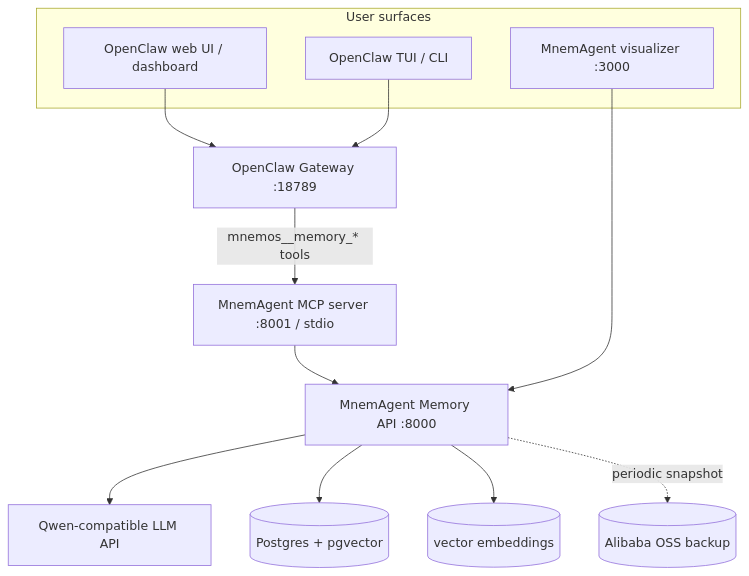
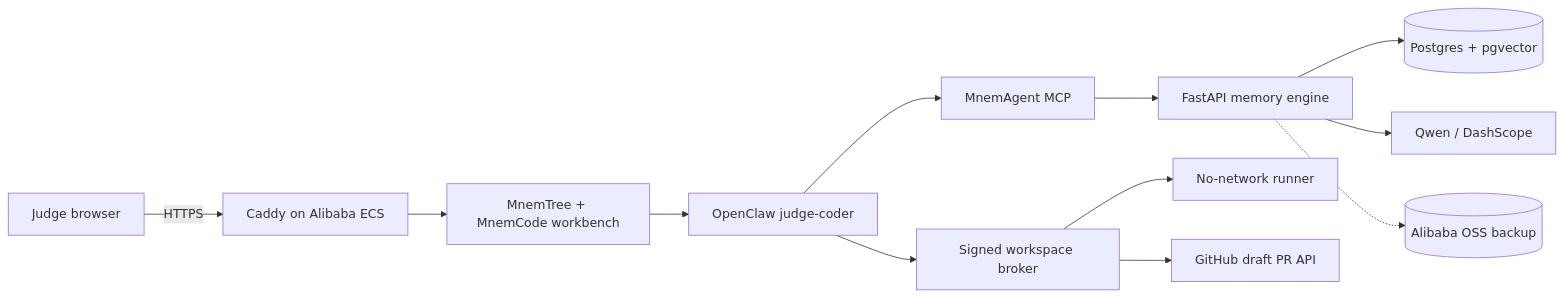
One commit to crankysmh47/MnemAgent changed the diagram in README.md. Above: the diagram before and after it, drawn with Mermaid. The commit also changed other lines of this file and 32 other files, not shown here.

Commit message:
feat: finalize DashScope MnemCode judge workflow

````diff
--- a/README.md
+++ b/README.md
@@ -92,26 +25,14 @@
 ```mermaid
-flowchart TB
-  subgraph UserSurfaces["User surfaces"]
-    OCWEB["OpenClaw web UI / dashboard"]
-    OCTUI["OpenClaw TUI / CLI"]
-    VIZ["MnemAgent visualizer :3000"]
-  end
-
-  GW["OpenClaw Gateway :18789"]
-  MCP["MnemAgent MCP server :8001 / stdio"]
-  API["MnemAgent Memory API :8000"]
-  QWEN["Qwen-compatible LLM API"]
-  DB[("Postgres + pgvector")]
-  VEC[("vector embeddings")]
-  OSS[("Alibaba OSS backup")]
-
-  OCWEB --> GW
-  OCTUI --> GW
-  GW -->|"mnemos__memory_* tools"| MCP
-  MCP --> API
-  VIZ --> API
-  API --> QWEN
-  API --> DB
-  API --> VEC
-  API -. periodic snapshot .-> OSS
+flowchart LR
+  J["Judge browser"] -->|"HTTPS"| C["Caddy on Alibaba ECS"]
+  C --> H["MnemTree + MnemCode workbench"]
+  H --> A["OpenClaw judge-coder"]
+  A --> M["MnemAgent MCP"]
+  A --> B["Signed workspace broker"]
+  M --> API["FastAPI memory engine"]
+  API --> P[("Postgres + pgvector")]
+  API --> Q["Qwen / DashScope"]
+  B --> R["No-network runner"]
+  B --> G["GitHub draft PR API"]
+  API -.-> O[("Alibaba OSS backup")]
 ```
````
